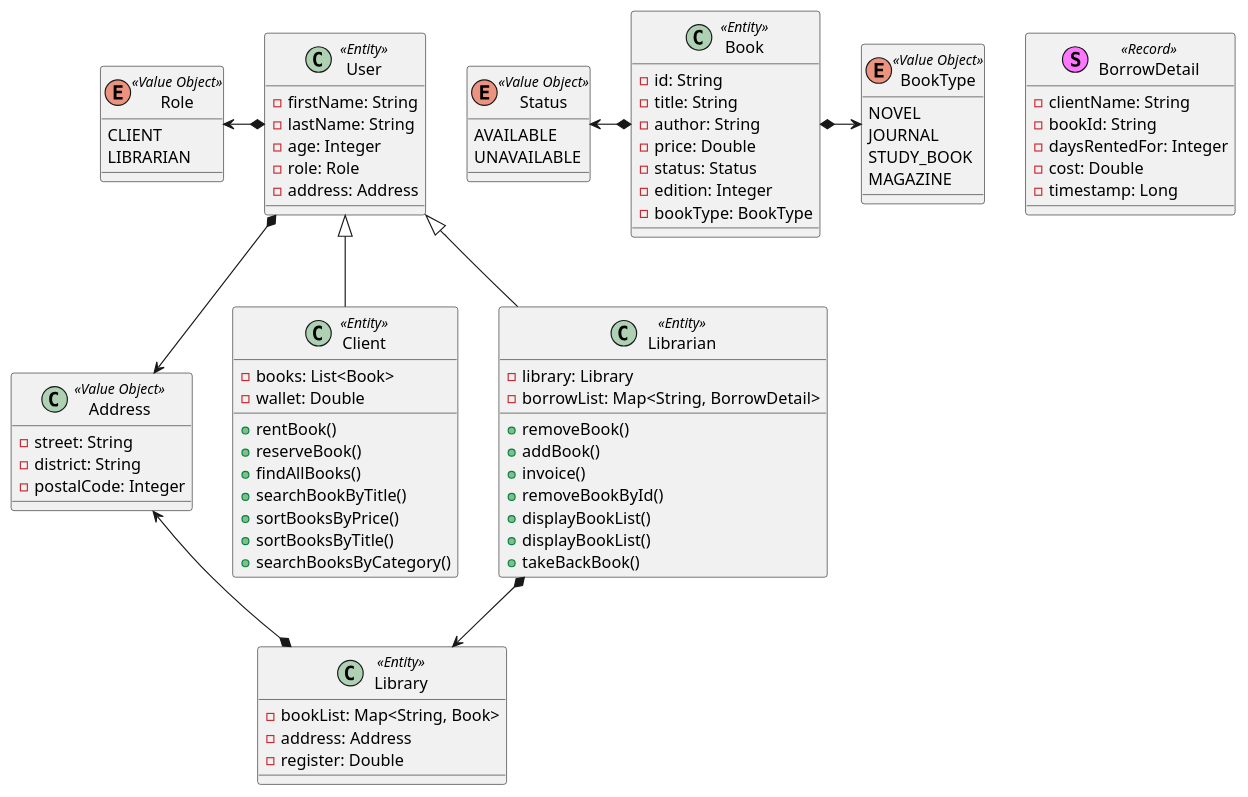
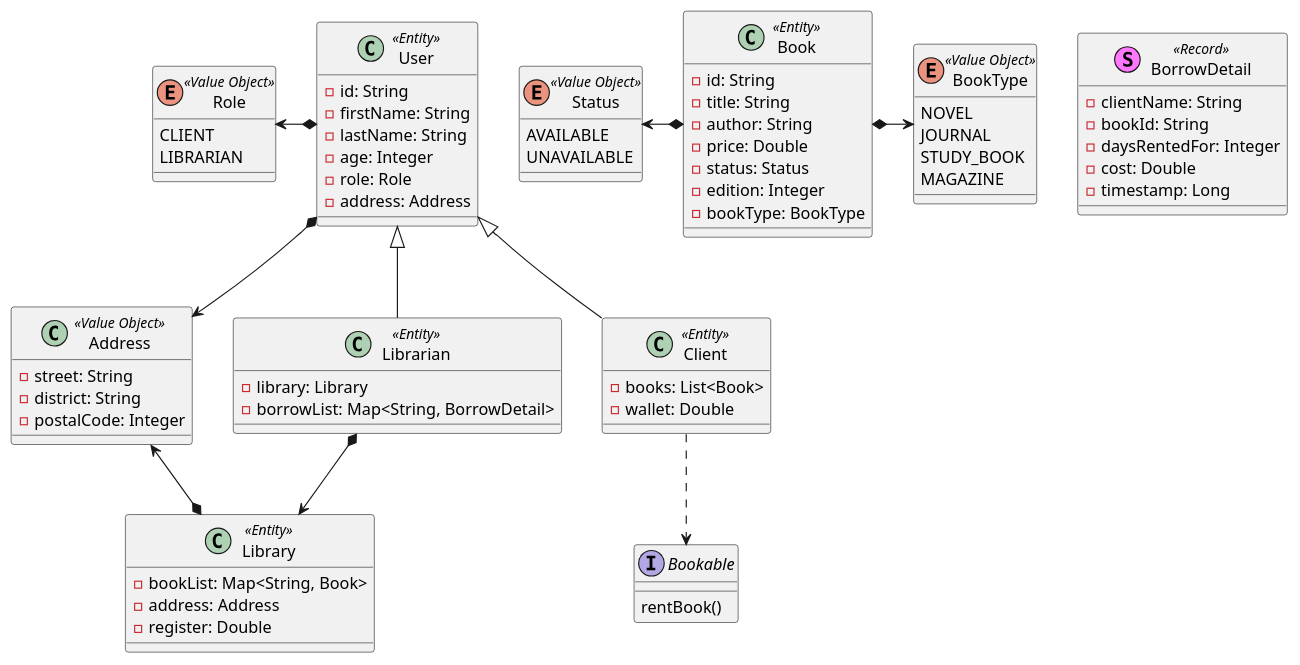
Before and after one commit to replakcan/Java-s15-Challenge: the diagram in cass-diagram.puml, drawn with PlantUML. The commit also changed 4 other files, not shown here.

Commit message:
Creates Bookable interface

```diff
--- a/cass-diagram.puml
+++ b/cass-diagram.puml
@@ -1,95 +1,116 @@
 @startuml
 'https://plantuml.com/class-diagram
 
 class Book <<Entity>> {
 -id: String
 -title: String
 -author: String
 -price: Double
 -status: Status
 -edition: Integer
 -bookType: BookType
 }
 
 class User <<Entity>> {
+-id: String
 -firstName: String
 -lastName: String
 -age: Integer
 -role: Role
 -address: Address
 }
 
 class Client <<Entity>> {
 -books: List<Book>
 -wallet: Double
+}
 
-+rentBook()
-+reserveBook()
-+findAllBooks()
-+searchBookByTitle()
-+sortBooksByPrice()
-+sortBooksByTitle()
-+searchBooksByCategory()
+interface Bookable {
+rentBook()
 }
 
 class Librarian <<Entity>> {
 -library: Library
 -borrowList: Map<String, BorrowDetail>
-
-+removeBook()
-+addBook()
-+invoice()
-+removeBookById()
-+displayBookList()
-+displayBookList()
-+takeBackBook()
 }
 
 class Library <<Entity>> {
 -bookList: Map<String, Book>
 -address: Address
 -register: Double
 }
 
 class Address <<Value Object>> {
 -street: String
 -district: String
 -postalCode: Integer
 }
 
 enum Status <<Value Object>> {
 AVAILABLE
 UNAVAILABLE
 }
 
 enum Role <<Value Object>> {
 CLIENT
 LIBRARIAN
 }
 
 enum BookType <<Value Object>> {
 NOVEL
 JOURNAL
 STUDY_BOOK
 MAGAZINE
 }
 
 stereotype BorrowDetail <<Record>> {
 -clientName: String
 -bookId: String
 -daysRentedFor: Integer
 -cost: Double
 -timestamp: Long
 }
 
 Book *--left> Status
 User *--left> Role
 User *--> Address
 Librarian *--> Library
 Library *--up> Address
 Book *--right> BookType
 
 Client --up|> User
 Librarian --up|> User
+Client ..> Bookable
+
+/'interface ClientService {
+returnBook()
+findAllBooks()
+sortBooksByPrice()
+sortBooksByTitle()
+searchBookByTitle()
+searchBooksByCategory()
+}
+
+interface LibrarianService {
+removeBook()
+addBook()
+invoice()
+removeBookById()
+displayBookList()
+displayBorrowList()
+takeBackBook()
+}
+
+class ClientServiceImpl {
+}
+
+class LibrarianServiceImpl {
+}
+
+ClientServiceImpl ..> ClientService
+ClientServiceImpl *--up> Client
+ClientServiceImpl *--> LibrarianServiceImpl
+LibrarianServiceImpl ..> LibrarianService
+LibrarianServiceImpl *--left> Librarian'/
 
 @enduml
```
